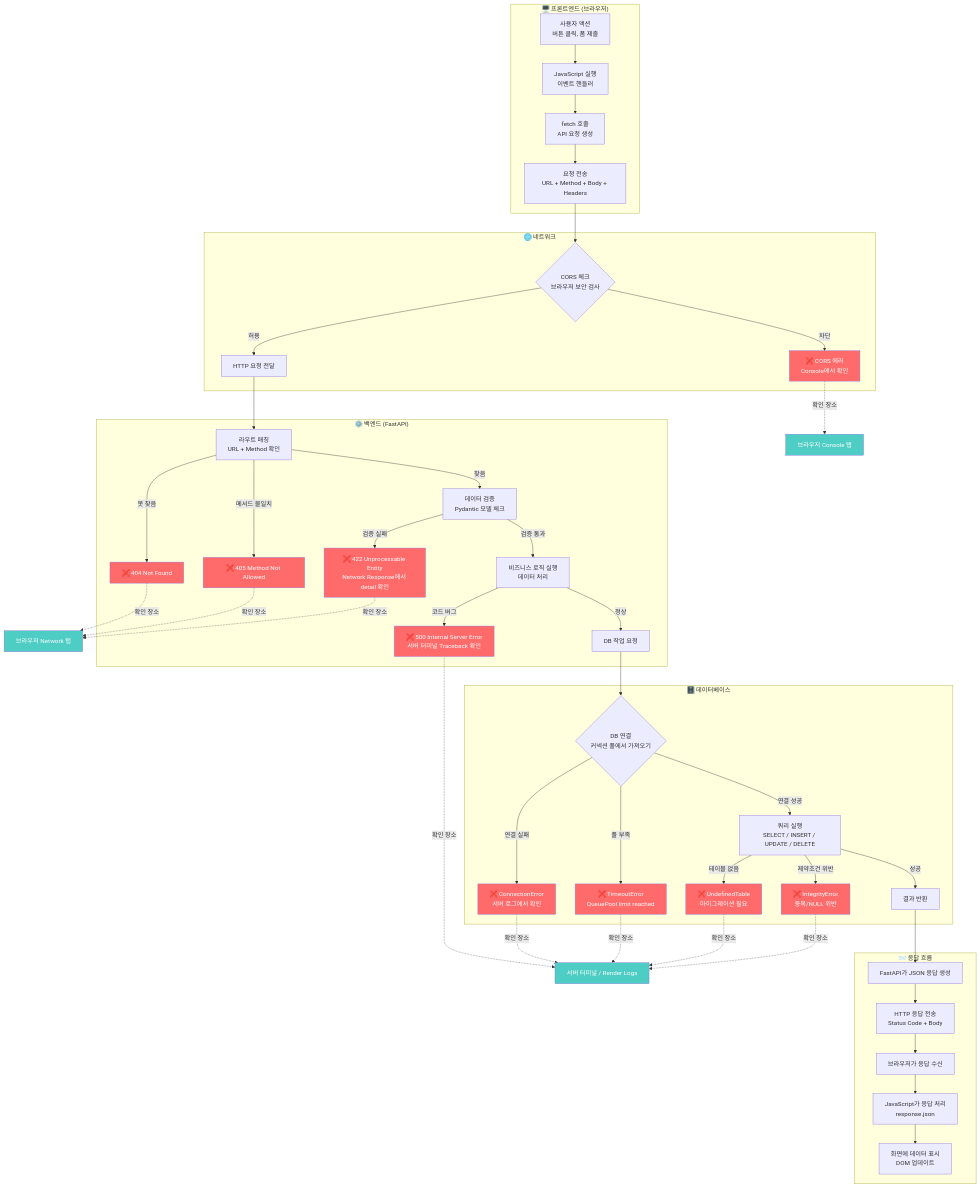
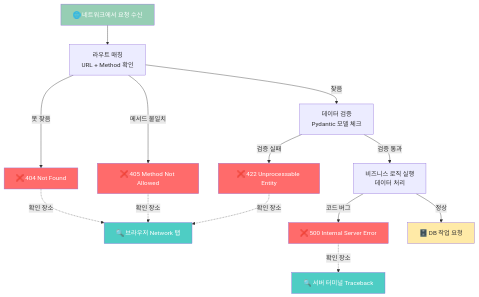
The third of 7 diagrams in lecture/00-데이터-플로우.md (Rocher0724/fast-api-test), drawn with Mermaid before and after one commit. The commit also changed other lines of this file and 10 other files, not shown here.

````diff
--- a/lecture/00-데이터-플로우.md
+++ b/lecture/00-데이터-플로우.md
@@ -10,66 +52,25 @@
 ```mermaid
 flowchart TB
-    subgraph FE["🖥️ 프론트엔드 (브라우저)"]
-        A[사용자 액션<br/>버튼 클릭, 폼 제출] --> B[JavaScript 실행<br/>이벤트 핸들러]
-        B --> C[fetch 호출<br/>API 요청 생성]
-        C --> D[요청 전송<br/>URL + Method + Body + Headers]
-    end
+    IN[🌐 네트워크에서 요청 수신] --> G[라우트 매칭<br/>URL + Method 확인]
+    G -->|못 찾음| ERR_404[❌ 404 Not Found]
+    G -->|메서드 불일치| ERR_405[❌ 405 Method Not Allowed]
+    G -->|찾음| H[데이터 검증<br/>Pydantic 모델 체크]
+    H -->|검증 실패| ERR_422[❌ 422 Unprocessable Entity]
+    H -->|검증 통과| I[비즈니스 로직 실행<br/>데이터 처리]
+    I -->|코드 버그| ERR_500[❌ 500 Internal Server Error]
+    I -->|정상| OUT[🗄️ DB 작업 요청]
 
-    subgraph NET["🌐 네트워크"]
-        D --> E{CORS 체크<br/>브라우저 보안 검사}
-        E -->|허용| F[HTTP 요청 전달]
-        E -->|차단| ERR_CORS[❌ CORS 에러<br/>Console에서 확인]
-    end
-
-    subgraph BE["⚙️ 백엔드 (FastAPI)"]
-        F --> G[라우트 매칭<br/>URL + Method 확인]
-        G -->|못 찾음| ERR_404[❌ 404 Not Found]
-        G -->|메서드 불일치| ERR_405[❌ 405 Method Not Allowed]
-        G -->|찾음| H[데이터 검증<br/>Pydantic 모델 체크]
-        H -->|검증 실패| ERR_422[❌ 422 Unprocessable Entity<br/>Network Response에서 detail 확인]
-        H -->|검증 통과| I[비즈니스 로직 실행<br/>데이터 처리]
-        I -->|코드 버그| ERR_500[❌ 500 Internal Server Error<br/>서버 터미널 Traceback 확인]
-        I -->|정상| J[DB 작업 요청]
-    end
-
-    subgraph DB["🗄️ 데이터베이스"]
-        J --> K{DB 연결<br/>커넥션 풀에서 가져오기}
-        K -->|연결 실패| ERR_CONN[❌ ConnectionError<br/>서버 로그에서 확인]
-        K -->|풀 부족| ERR_POOL[❌ TimeoutError<br/>QueuePool limit reached]
-        K -->|연결 성공| L[쿼리 실행<br/>SELECT / INSERT / UPDATE / DELETE]
-        L -->|테이블 없음| ERR_TABLE[❌ UndefinedTable<br/>마이그레이션 필요]
-        L -->|제약조건 위반| ERR_INTEG[❌ IntegrityError<br/>중복/NULL 위반]
-        L -->|성공| M[결과 반환]
-    end
-
-    subgraph RESP["📨 응답 흐름"]
-        M --> N[FastAPI가 JSON 응답 생성]
-        N --> O[HTTP 응답 전송<br/>Status Code + Body]
-        O --> P[브라우저가 응답 수신]
-        P --> Q[JavaScript가 응답 처리<br/>response.json]
-        Q --> R[화면에 데이터 표시<br/>DOM 업데이트]
-    end
-
-    ERR_CORS -.->|확인 장소| CC1["브라우저 Console 탭"]
-    ERR_404 -.->|확인 장소| CC2["브라우저 Network 탭"]
+    ERR_404 -.->|확인 장소| CC2["🔍 브라우저 Network 탭"]
     ERR_405 -.->|확인 장소| CC2
     ERR_422 -.->|확인 장소| CC2
-    ERR_500 -.->|확인 장소| CC3["서버 터미널 / Render Logs"]
-    ERR_CONN -.->|확인 장소| CC3
-    ERR_POOL -.->|확인 장소| CC3
-    ERR_TABLE -.->|확인 장소| CC3
-    ERR_INTEG -.->|확인 장소| CC3
+    ERR_500 -.->|확인 장소| CC3["🔍 서버 터미널 Traceback"]
 
-    style ERR_CORS fill:#ff6b6b,color:#fff
+    style IN fill:#96ceb4,color:#fff
+    style OUT fill:#ffeaa7,color:#333
     style ERR_404 fill:#ff6b6b,color:#fff
     style ERR_405 fill:#ff6b6b,color:#fff
     style ERR_422 fill:#ff6b6b,color:#fff
     style ERR_500 fill:#ff6b6b,color:#fff
-    style ERR_CONN fill:#ff6b6b,color:#fff
-    style ERR_POOL fill:#ff6b6b,color:#fff
-    style ERR_TABLE fill:#ff6b6b,color:#fff
-    style ERR_INTEG fill:#ff6b6b,color:#fff
-    style CC1 fill:#4ecdc4,color:#fff
     style CC2 fill:#4ecdc4,color:#fff
     style CC3 fill:#4ecdc4,color:#fff
 ```
````
